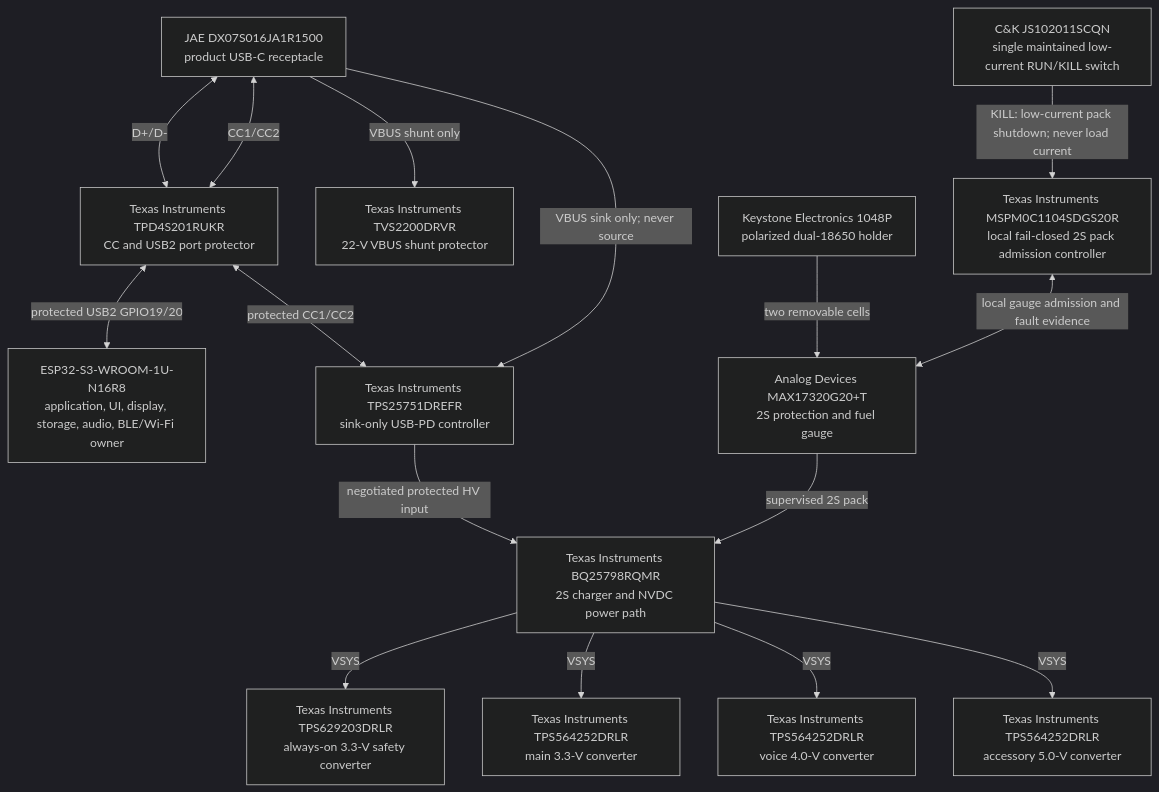
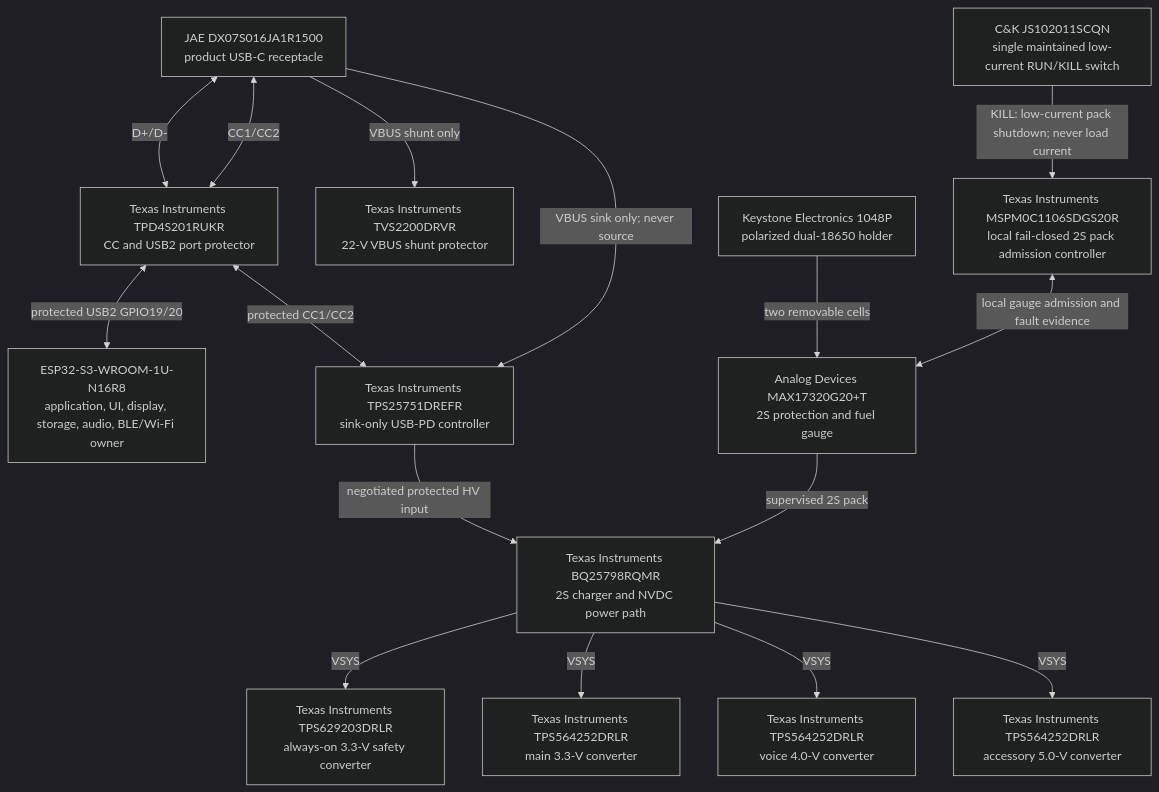
Before and after one commit to anton-vinogradov/esp32-leshy2: the ninth of 10 diagrams in README.md, drawn with Mermaid (dark theme). The commit also changed other lines of this file and 23 other files, not shown here.

````diff
--- a/README.md
+++ b/README.md
@@ -288,29 +288,29 @@
 ```mermaid
 flowchart TD
 PRODUCT_USB_CONNECTOR["JAE DX07S016JA1R1500<br/>product USB-C receptacle"]
 PRODUCT_USB_PROTECTOR["Texas Instruments TPD4S201RUKR<br/>CC and USB2 port protector"]
 S3["ESP32-S3-WROOM-1U-N16R8<br/>application, UI, display, storage, audio, BLE/Wi-Fi owner"]
 PD_VBUS_TVS["Texas Instruments TVS2200DRVR<br/>22-V VBUS shunt protector"]
 PD_CONTROLLER["Texas Instruments TPS25751DREFR<br/>sink-only USB-PD controller"]
 NVDC_CHARGER["Texas Instruments BQ25798RQMR<br/>2S charger and NVDC power path"]
 PACK_HOLDER["Keystone Electronics 1048P<br/>polarized dual-18650 holder"]
 PACK_GAUGE["Analog Devices MAX17320G20+T<br/>2S protection and fuel gauge"]
-PACK_ADMISSION["Texas Instruments MSPM0C1104SDGS20R<br/>local fail-closed 2S pack admission controller"]
+PACK_ADMISSION["Texas Instruments MSPM0C1106SDGS20R<br/>local fail-closed 2S pack admission controller"]
 POWER_COMMAND_SWITCH["C&K JS102011SCQN<br/>single maintained low-current RUN/KILL switch"]
 AON_BUCK["Texas Instruments TPS629203DRLR<br/>always-on 3.3-V safety converter"]
 MAIN_BUCK["Texas Instruments TPS564252DRLR<br/>main 3.3-V converter"]
 VOICE_BUCK["Texas Instruments TPS564252DRLR<br/>voice 4.0-V converter"]
 EXT_BUCK["Texas Instruments TPS564252DRLR<br/>accessory 5.0-V converter"]
   PRODUCT_USB_CONNECTOR <-->|"D+/D-"| PRODUCT_USB_PROTECTOR <-->|"protected USB2 GPIO19/20"| S3
   PRODUCT_USB_CONNECTOR <-->|"CC1/CC2"| PRODUCT_USB_PROTECTOR <-->|"protected CC1/CC2"| PD_CONTROLLER
   PRODUCT_USB_CONNECTOR -->|"VBUS sink only; never source"| PD_CONTROLLER
   PRODUCT_USB_CONNECTOR -->|"VBUS shunt only"| PD_VBUS_TVS
   PD_CONTROLLER -->|"negotiated protected HV input"| NVDC_CHARGER
   PACK_HOLDER -->|"two removable cells"| PACK_GAUGE -->|"supervised 2S pack"| NVDC_CHARGER
   POWER_COMMAND_SWITCH -->|"KILL: low-current pack shutdown; never load current"| PACK_ADMISSION
   PACK_ADMISSION <-->|"local gauge admission and fault evidence"| PACK_GAUGE
   NVDC_CHARGER -->|"VSYS"| AON_BUCK
   NVDC_CHARGER -->|"VSYS"| MAIN_BUCK
   NVDC_CHARGER -->|"VSYS"| VOICE_BUCK
   NVDC_CHARGER -->|"VSYS"| EXT_BUCK
 ```
````
